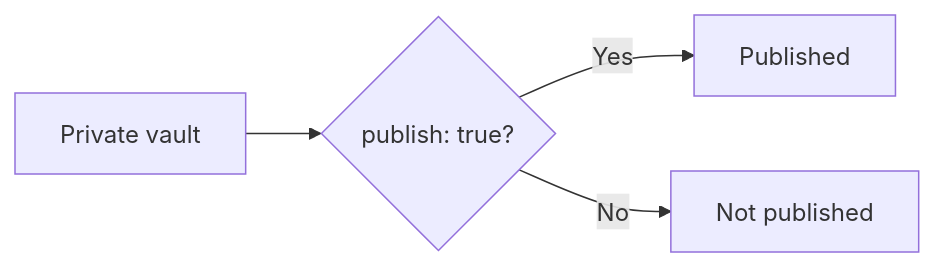
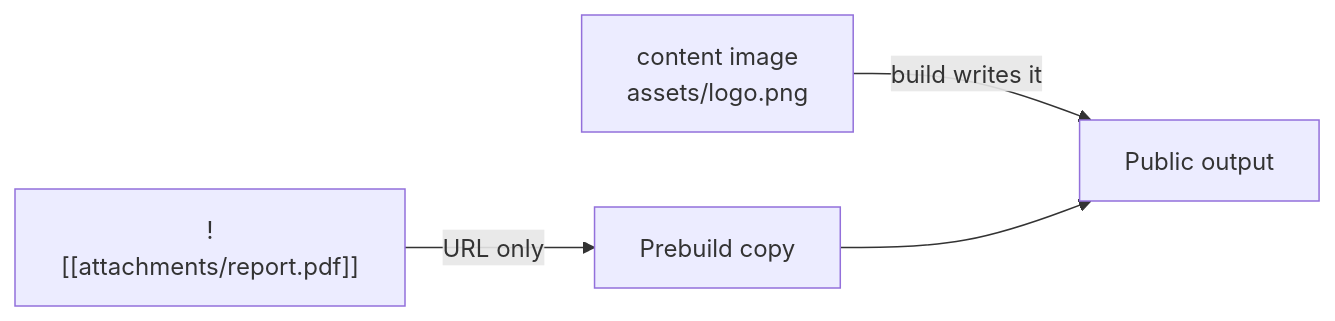
The second of 6 diagrams in docs/docs/guides/deployment/separate-content-repository/publishing.md (Rerurate514/riebeckite), drawn with Mermaid before and after one commit. The commit also changed other lines of this file and 133 other files, not shown here.

````diff
--- a/docs/docs/guides/deployment/separate-content-repository/publishing.md
+++ b/docs/docs/guides/deployment/separate-content-repository/publishing.md
@@ -22,9 +75,9 @@
 ```mermaid
 flowchart LR
-    Vault["Private vault"]
-    Publish{"publish: true?"}
+    Image["content image<br/>assets/logo.png"]
+    Attach["![[attachments/report.pdf]]"]
 
-    Vault --> Publish
-    Publish -->|"Yes"| Public["Published"]
-    Publish -->|"No"| NotPublic["Not published"]
+    Image -->|"build writes it"| Output["Public output"]
+    Attach -->|"URL only"| Prebuild["Prebuild copy"]
+    Prebuild --> Output
 ```
````
